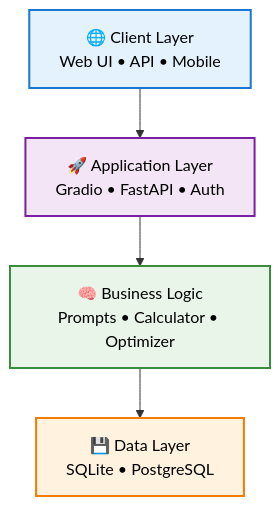
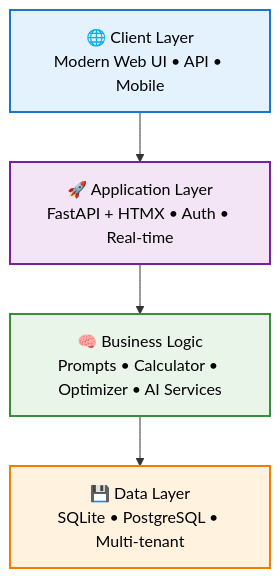
The third of 13 diagrams in README.md (MakerCorn/ai-prompt-manager), drawn with Mermaid before and after one commit. The commit also changed other lines of this file and 47 other files, not shown here.

````diff
--- a/README.md
+++ b/README.md
@@ -89,11 +128,11 @@
 ```mermaid
 graph TB
-    Client[🌐 Client Layer<br/>Web UI • API • Mobile] --> App[🚀 Application Layer<br/>Gradio • FastAPI • Auth]
-    App --> Logic[🧠 Business Logic<br/>Prompts • Calculator • Optimizer]
-    Logic --> Data[💾 Data Layer<br/>SQLite • PostgreSQL]
+    Client[🌐 Client Layer<br/>Modern Web UI • API • Mobile] --> App[🚀 Application Layer<br/>FastAPI + HTMX • Auth • Real-time]
+    App --> Logic[🧠 Business Logic<br/>Prompts • Calculator • Optimizer • AI Services]
+    Logic --> Data[💾 Data Layer<br/>SQLite • PostgreSQL • Multi-tenant]
     
     style Client fill:#e3f2fd,stroke:#1976d2,stroke-width:2px,color:#000
     style App fill:#f3e5f5,stroke:#7b1fa2,stroke-width:2px,color:#000
     style Logic fill:#e8f5e8,stroke:#388e3c,stroke-width:2px,color:#000
     style Data fill:#fff3e0,stroke:#f57c00,stroke-width:2px,color:#000
 ```
````
